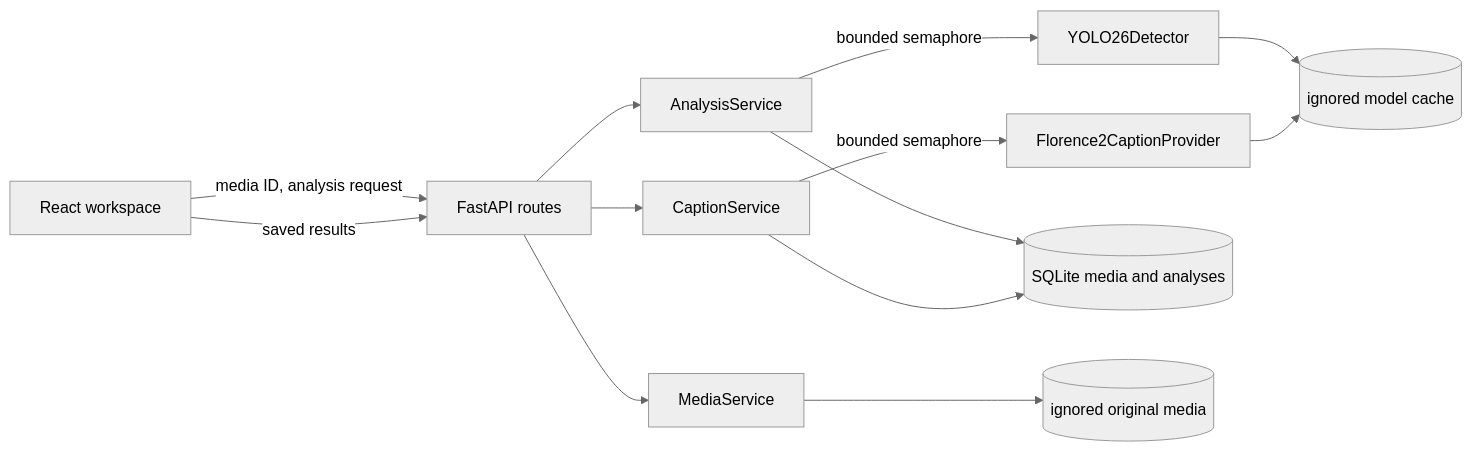
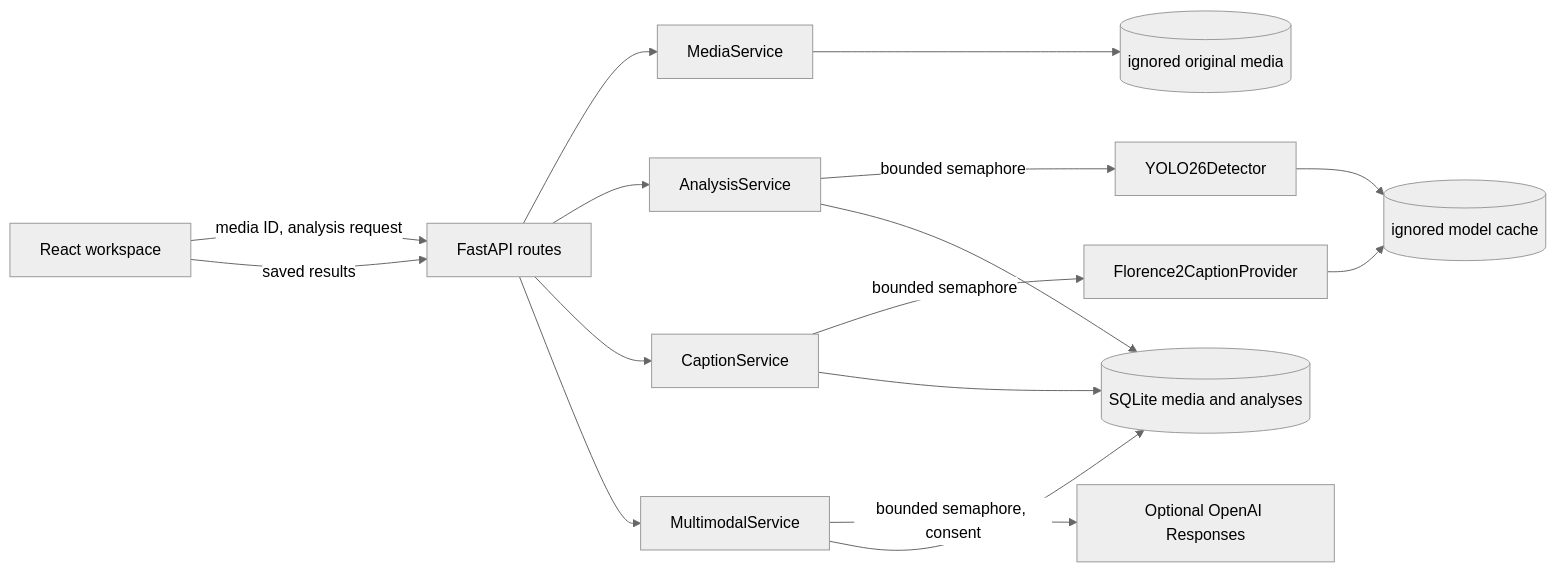
One commit to hardhik2002/AI-Engineering changed the diagram in docs/ARCHITECTURE.md. Above: the diagram before and after it, drawn with Mermaid (neutral theme). The commit also changed other lines of this file and 28 other files, not shown here.

````diff
--- a/docs/ARCHITECTURE.md
+++ b/docs/ARCHITECTURE.md
@@ -5,15 +5,18 @@
 ```mermaid
 flowchart LR
   Browser[React workspace] -->|media ID, analysis request| API[FastAPI routes]
   API --> Media[MediaService]
   API --> Analysis[AnalysisService]
   API --> Caption[CaptionService]
+  API --> Multi[MultimodalService]
   Analysis -->|bounded semaphore| Detector[YOLO26Detector]
   Caption -->|bounded semaphore| Florence[Florence2CaptionProvider]
+  Multi -->|bounded semaphore, consent| OpenAI[Optional OpenAI Responses]
   Detector --> Weights[(ignored model cache)]
   Florence --> Weights
   Analysis --> DB[(SQLite media and analyses)]
   Caption --> DB
+  Multi --> DB
   Media --> Files[(ignored original media)]
   Browser -->|saved results| API
 ```
````
